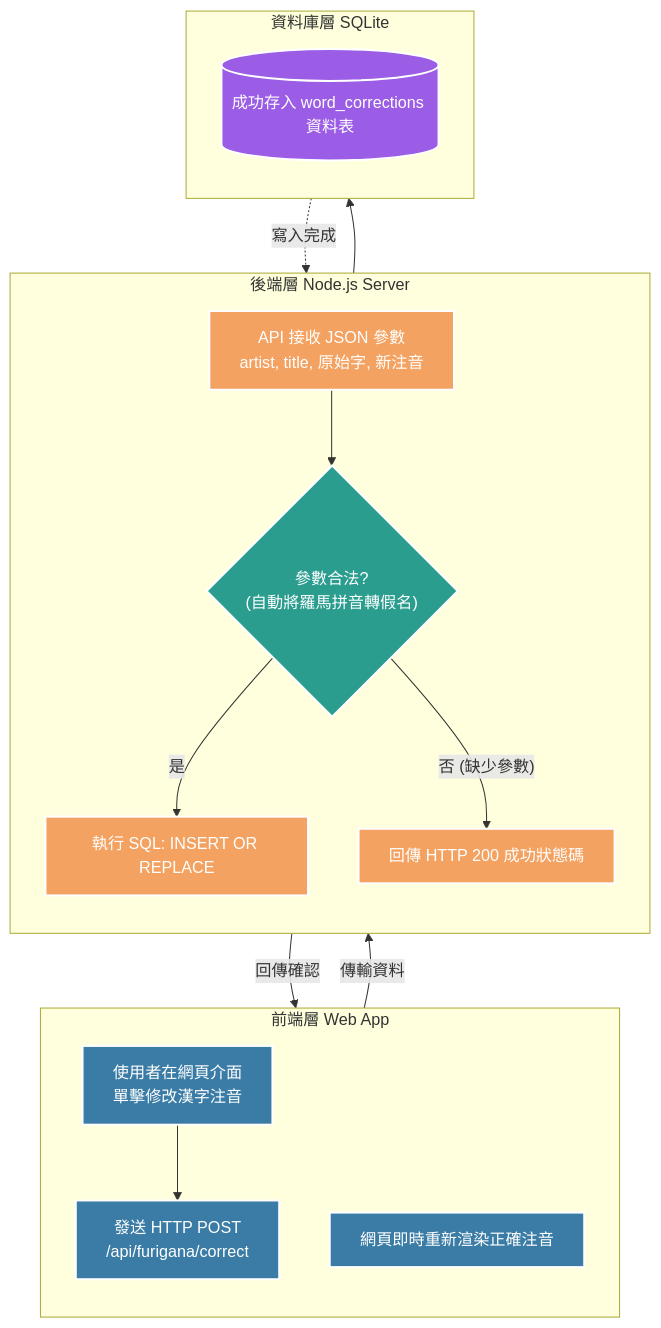
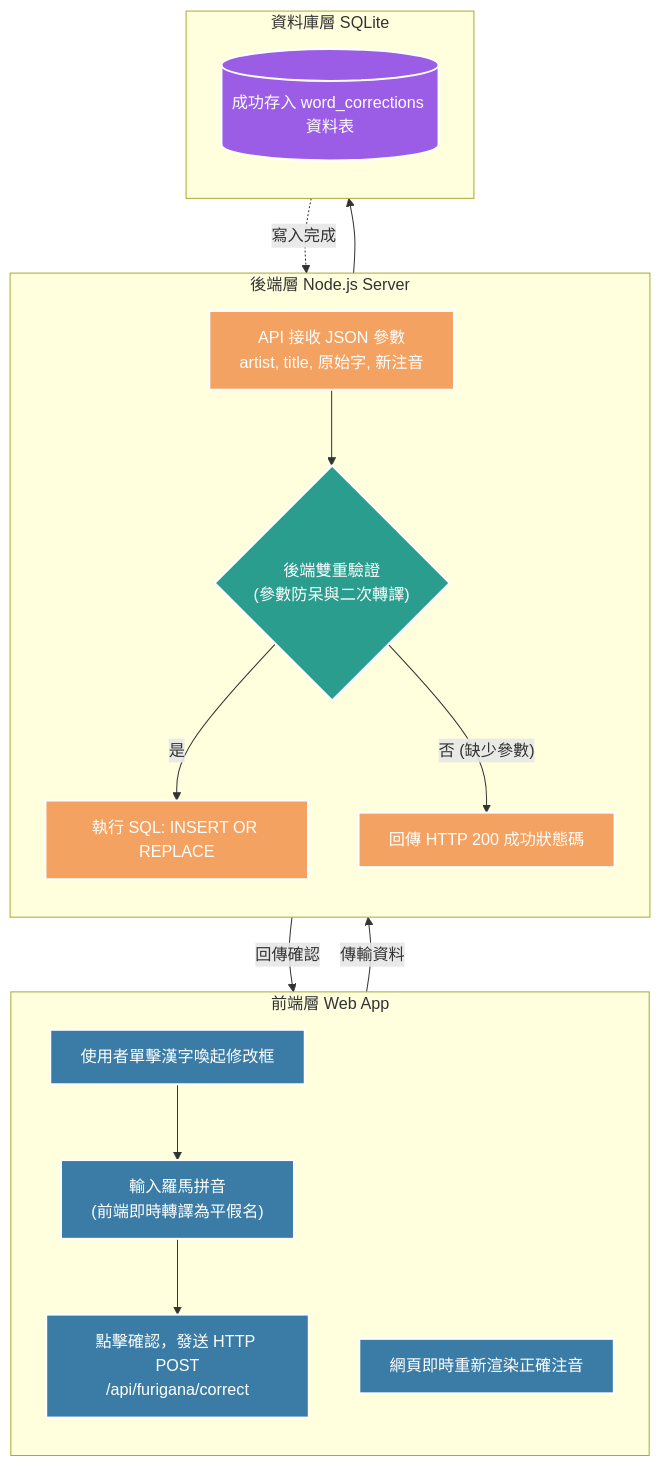
The third of 5 diagrams in README.md (bensionfang/Kanaric), drawn with Mermaid before and after one commit.

Commit message:
docs: flowchart 2 updated to highlight frontend real-time romaji conversion

````diff
--- a/README.md
+++ b/README.md
@@ -111,36 +111,38 @@
 ```mermaid
 flowchart TD
     classDef frontend fill:#3a7ca5,stroke:#fff,stroke-width:2px,color:#fff
     classDef backend fill:#f4a261,stroke:#fff,stroke-width:2px,color:#fff
     classDef database fill:#9b5de5,stroke:#fff,stroke-width:2px,color:#fff
     classDef condition fill:#2a9d8f,stroke:#fff,stroke-width:2px,color:#fff
 
     subgraph Frontend ["前端層 Web App"]
         direction TB
-        User["使用者在網頁介面<br>單擊修改漢字注音"]:::frontend
-        Send["發送 HTTP POST<br>/api/furigana/correct"]:::frontend
+        User["使用者單擊漢字喚起修改框"]:::frontend
+        Input["輸入羅馬拼音<br>(前端即時轉譯為平假名)"]:::frontend
+        Send["點擊確認，發送 HTTP POST<br>/api/furigana/correct"]:::frontend
         Update["網頁即時重新渲染正確注音"]:::frontend
     end
 
     subgraph Backend ["後端層 Node.js Server"]
         direction TB
         Recv["API 接收 JSON 參數<br>artist, title, 原始字, 新注音"]:::backend
-        Cond{"參數合法?<br>(自動將羅馬拼音轉假名)"}:::condition
+        Cond{"後端雙重驗證<br>(參數防呆與二次轉譯)"}:::condition
         SQL["執行 SQL: INSERT OR REPLACE"]:::backend
         Res["回傳 HTTP 200 成功狀態碼"]:::backend
     end
 
     subgraph DB ["資料庫層 SQLite"]
         direction TB
         DB_Write[("成功存入 word_corrections 資料表")]:::database
     end
 
-    User --> Send
+    User --> Input
+    Input --> Send
     Send -- "傳輸資料" --> Recv
     Recv --> Cond
     Cond -- "是" --> SQL
     Cond -- "否 (缺少參數)" --> Res
     SQL --> DB_Write
     DB_Write -. "寫入完成" .-> Res
     Res -- "回傳確認" --> Update
 ```
````
